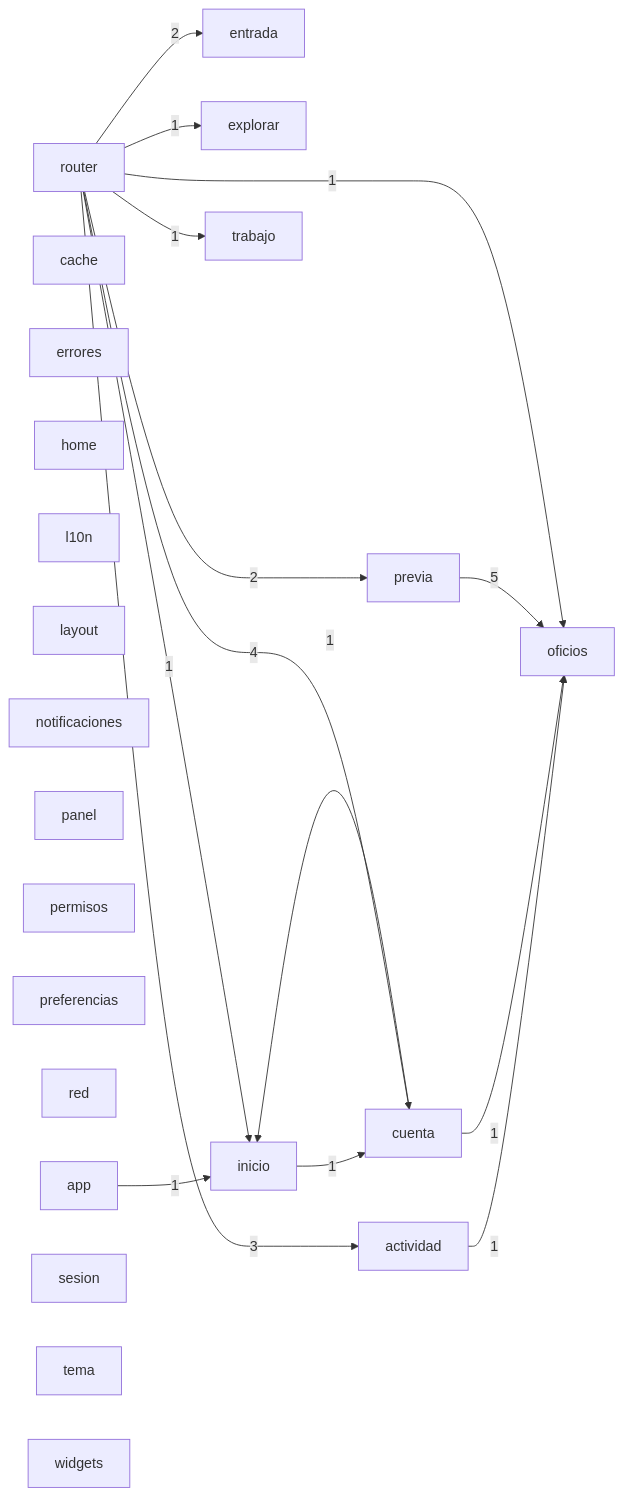
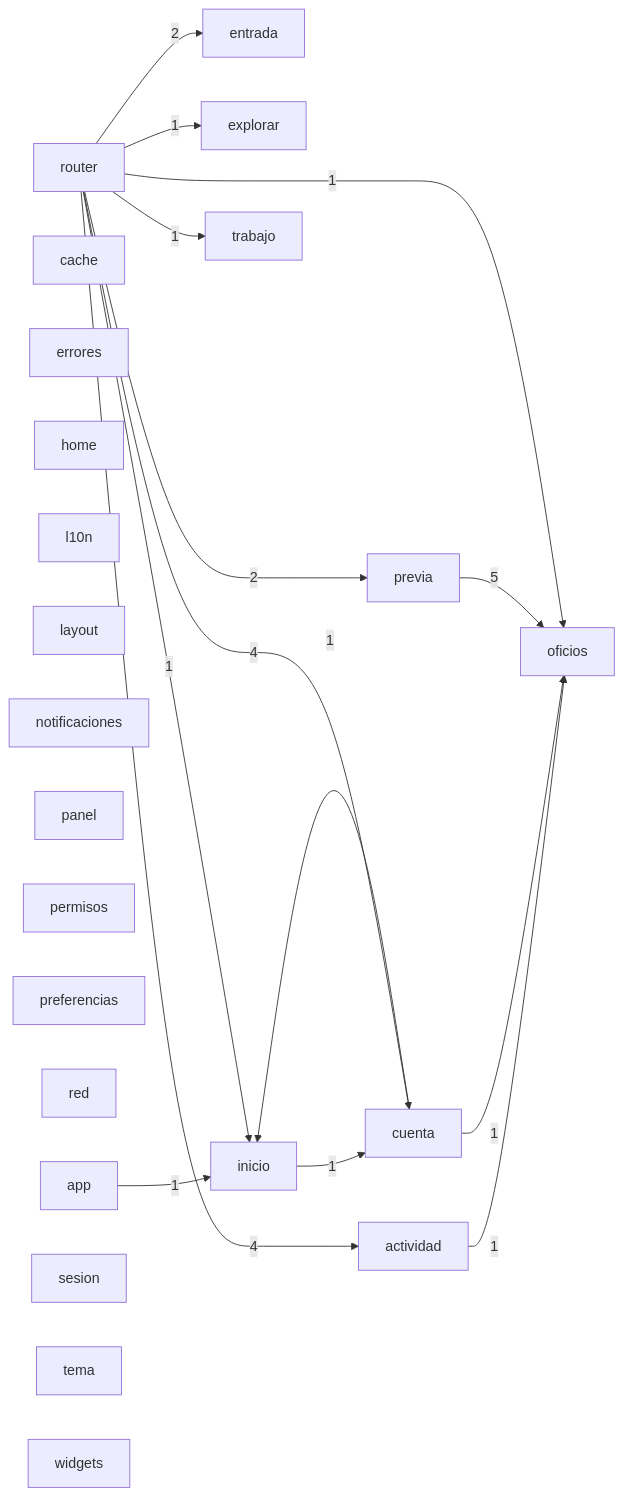
Before and after one commit to Tensei-Devs/knock-frontend: the diagram in docs/architecture/modules.mmd, drawn with Mermaid. The commit also changed 22 other files, not shown here.

```diff
--- a/docs/architecture/modules.mmd
+++ b/docs/architecture/modules.mmd
@@ -1,38 +1,38 @@
 graph LR
   actividad["actividad"]
   app["app"]
   cache["cache"]
   cuenta["cuenta"]
   entrada["entrada"]
   errores["errores"]
   explorar["explorar"]
   home["home"]
   inicio["inicio"]
   l10n["l10n"]
   layout["layout"]
   notificaciones["notificaciones"]
   oficios["oficios"]
   panel["panel"]
   permisos["permisos"]
   preferencias["preferencias"]
   previa["previa"]
   red["red"]
   router["router"]
   sesion["sesion"]
   tema["tema"]
   trabajo["trabajo"]
   widgets["widgets"]
   actividad -->|1| oficios
   app -->|1| inicio
   cuenta -->|1| inicio
   cuenta -->|1| oficios
   inicio -->|1| cuenta
   previa -->|5| oficios
-  router -->|3| actividad
+  router -->|4| actividad
   router -->|4| cuenta
   router -->|2| entrada
   router -->|1| explorar
   router -->|1| inicio
   router -->|1| oficios
   router -->|2| previa
   router -->|1| trabajo
```
